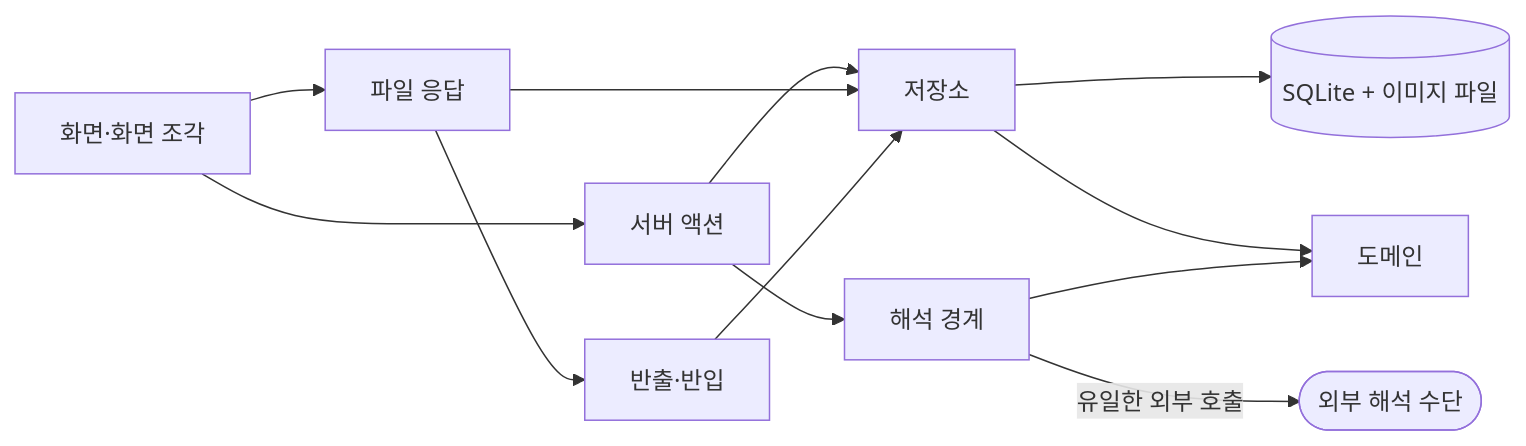
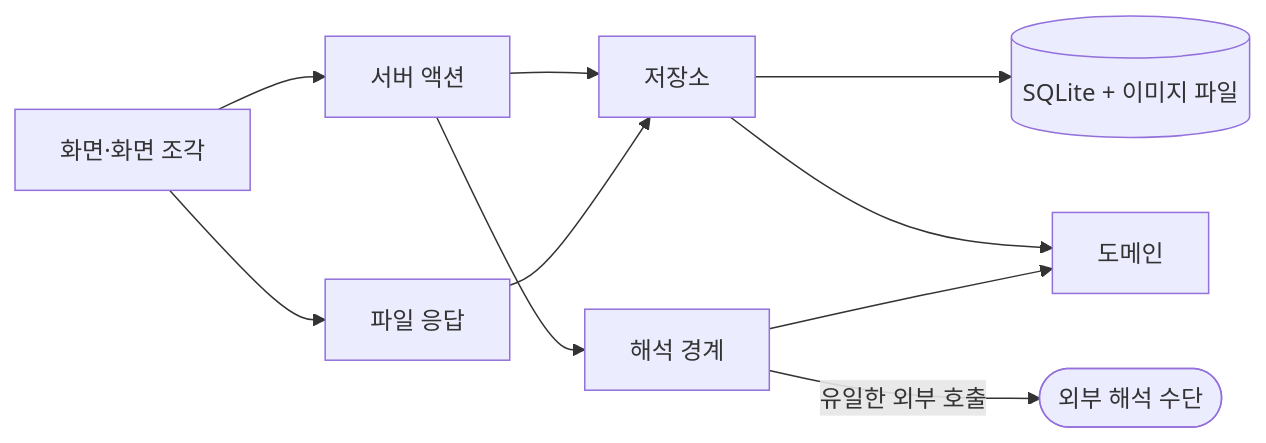
One commit to KSJ-w/hanjul-expense-tracker changed the diagram in docs/sdd/SDD.md. Above: the diagram before and after it, drawn with Mermaid. The commit also changed other lines of this file and 29 other files, not shown here.

````diff
--- a/docs/sdd/SDD.md
+++ b/docs/sdd/SDD.md
@@ -74,14 +74,12 @@
 ```mermaid
 flowchart LR
   UI[화면·화면 조각] --> ACT[서버 액션]
   UI --> API[파일 응답]
   ACT --> REPO[저장소]
   ACT --> INT[해석 경계]
   API --> REPO
-  API --> XFER[반출·반입]
-  XFER --> REPO
   REPO --> DB[(SQLite + 이미지 파일)]
   REPO --> DOM[도메인]
   INT --> DOM
   INT -->|유일한 외부 호출| EXT([외부 해석 수단])
 ```
````
